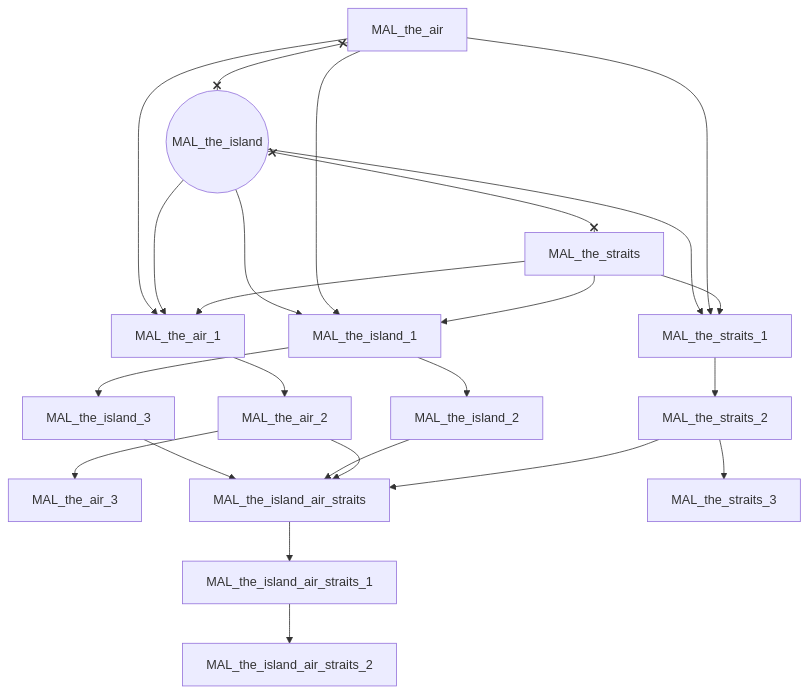
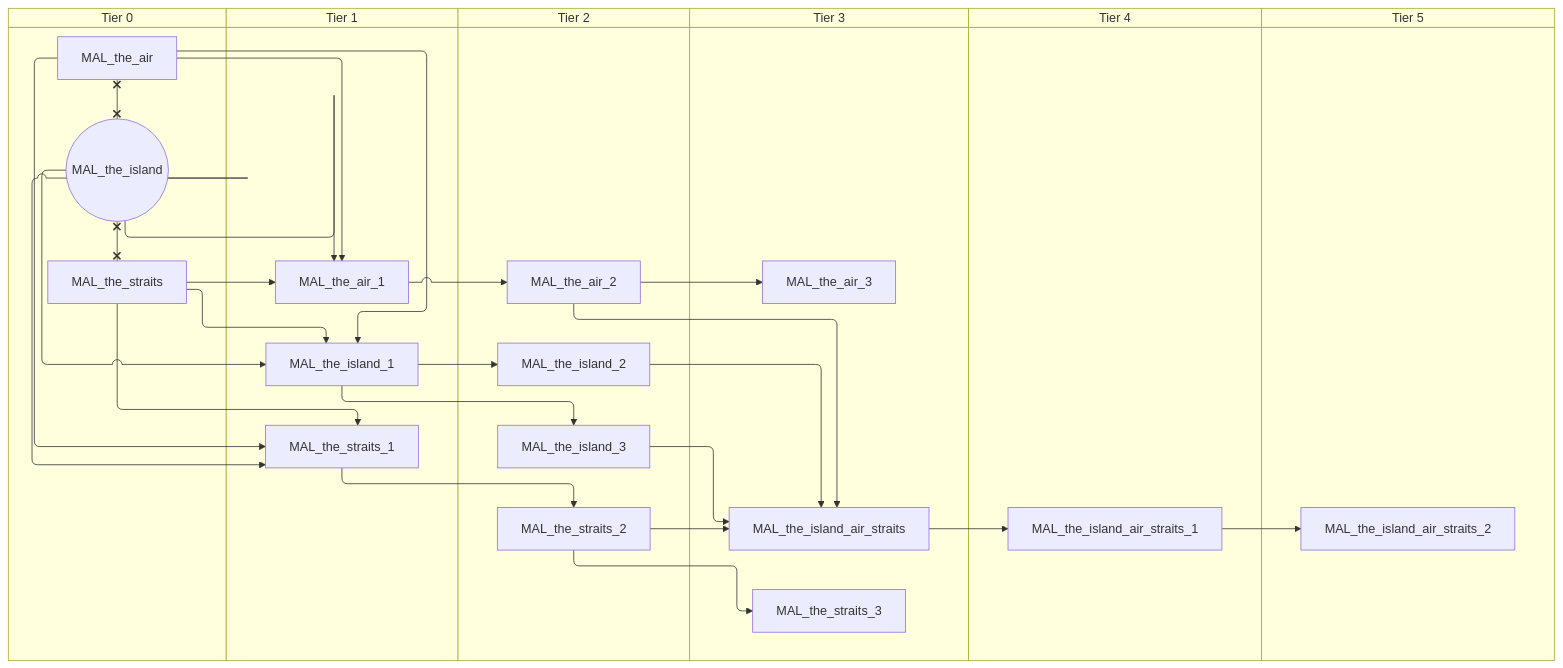
One commit to evgeny-sobol/hoi4-sandbox-mode-r56 changed the fifth of 7 diagrams in docs/gdd/National Focuses/r56/malaysia.md. Above: the diagram before and after it, drawn with Mermaid. The commit also changed other lines of this file and 423 other files, not shown here.

First line of the commit message:
Re-export Rt56 focus trees as swimlane diagrams

````diff
--- a/docs/gdd/National Focuses/r56/malaysia.md
+++ b/docs/gdd/National Focuses/r56/malaysia.md
@@ -205,41 +247,53 @@
 ```mermaid
-flowchart TD
-    n60["MAL_the_air"]
-    n61["MAL_the_air_1"]
-    n62["MAL_the_air_2"]
-    n63["MAL_the_air_3"]
-    n64(("MAL_the_island"))
-    n65["MAL_the_island_1"]
-    n66["MAL_the_island_2"]
-    n67["MAL_the_island_3"]
-    n68["MAL_the_island_air_straits"]
-    n69["MAL_the_island_air_straits_1"]
-    n70["MAL_the_island_air_straits_2"]
-    n71["MAL_the_straits"]
-    n72["MAL_the_straits_1"]
-    n73["MAL_the_straits_2"]
-    n74["MAL_the_straits_3"]
-    n60 --> n61
-    n64 --> n61
-    n71 --> n61
-    n61 --> n62
+swimlane-beta TD
+    subgraph tier_0["Tier 0"]
+        n60["MAL_the_air"]
+        n61(("MAL_the_island"))
+        n62["MAL_the_straits"]
+    end
+    subgraph tier_1["Tier 1"]
+        n63["MAL_the_air_1"]
+        n64["MAL_the_island_1"]
+        n65["MAL_the_straits_1"]
+    end
+    subgraph tier_2["Tier 2"]
+        n66["MAL_the_air_2"]
+        n67["MAL_the_island_2"]
+        n68["MAL_the_island_3"]
+        n69["MAL_the_straits_2"]
+    end
+    subgraph tier_3["Tier 3"]
+        n70["MAL_the_air_3"]
+        n71["MAL_the_island_air_straits"]
+        n72["MAL_the_straits_3"]
+    end
+    subgraph tier_4["Tier 4"]
+        n73["MAL_the_island_air_straits_1"]
+    end
+    subgraph tier_5["Tier 5"]
+        n74["MAL_the_island_air_straits_2"]
+    end
+    n60 --> n63
+    n61 --> n63
     n62 --> n63
-    n64 --> n65
+    n63 --> n66
+    n66 --> n70
+    n61 --> n64
+    n60 --> n64
+    n62 --> n64
+    n64 --> n67
+    n64 --> n68
+    n68 --> n71
+    n67 --> n71
+    n66 --> n71
+    n69 --> n71
+    n71 --> n73
+    n73 --> n74
+    n61 --> n65
     n60 --> n65
-    n71 --> n65
-    n65 --> n66
-    n65 --> n67
-    n67 --> n68
-    n66 --> n68
-    n62 --> n68
-    n73 --> n68
-    n68 --> n69
-    n69 --> n70
-    n64 --> n72
-    n60 --> n72
-    n71 --> n72
-    n72 --> n73
-    n73 --> n74
-    n60 x--x n64
-    n64 x--x n71
+    n62 --> n65
+    n65 --> n69
+    n69 --> n72
+    n60 x--x n61
+    n61 x--x n62
 ```
````
